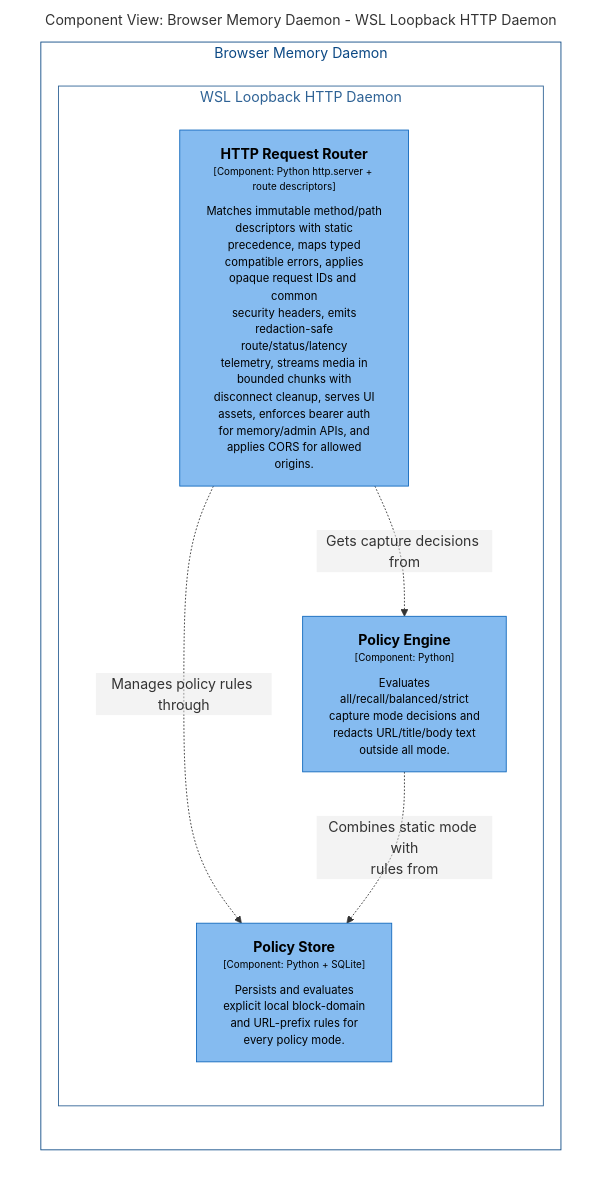
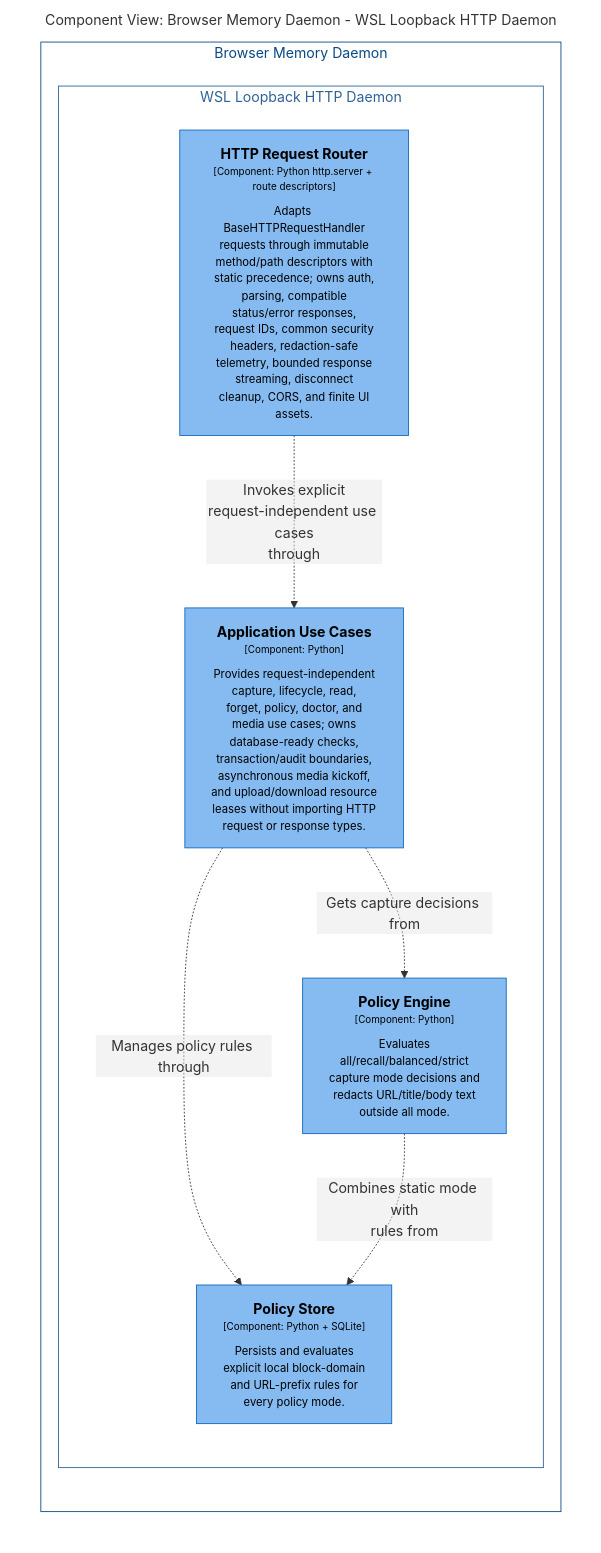
One commit to michaelnicks0/browser-memory-daemon changed the diagram in docs/architecture/diagrams/markdown/DaemonPolicyComponents.md. Above: the diagram before and after it, drawn with Mermaid. The commit also changed 189 other files, not shown here.

Commit message:
refactor(http): extract application use cases

````diff
--- a/docs/architecture/diagrams/markdown/DaemonPolicyComponents.md
+++ b/docs/architecture/diagrams/markdown/DaemonPolicyComponents.md
@@ -16,29 +16,32 @@
 ```mermaid
 graph LR
   linkStyle default fill:#ffffff
 
   subgraph diagram ["Component View: Browser Memory Daemon - WSL Loopback HTTP Daemon"]
     style diagram fill:#ffffff,stroke:#ffffff
 
     subgraph 4 ["Browser Memory Daemon"]
       style 4 fill:#ffffff,stroke:#0b4884,color:#0b4884
 
       subgraph 22 ["WSL Loopback HTTP Daemon"]
         style 22 fill:#ffffff,stroke:#2e6295,color:#2e6295
 
-        23["<div style='font-weight: bold'>HTTP Request Router</div><div style='font-size: 70%; margin-top: 0px'>[Component: Python http.server + route descriptors]</div><div style='font-size: 80%; margin-top:10px'>Matches immutable method/path<br />descriptors with static<br />precedence, maps typed<br />compatible errors, applies<br />opaque request IDs and common<br />security headers, emits<br />redaction-safe<br />route/status/latency<br />telemetry, streams media in<br />bounded chunks with<br />disconnect cleanup, serves UI<br />assets, enforces bearer auth<br />for memory/admin APIs, and<br />applies CORS for allowed<br />origins.</div>"]
+        23["<div style='font-weight: bold'>HTTP Request Router</div><div style='font-size: 70%; margin-top: 0px'>[Component: Python http.server + route descriptors]</div><div style='font-size: 80%; margin-top:10px'>Adapts BaseHTTPRequestHandler<br />requests through immutable<br />method/path descriptors with<br />static precedence; owns auth,<br />parsing, compatible<br />status/error responses,<br />request IDs, common security<br />headers, redaction-safe<br />telemetry, bounded response<br />streaming, disconnect<br />cleanup, CORS, and finite UI<br />assets.</div>"]
         style 23 fill:#85bbf0,stroke:#1168bd,color:#000000
-        25["<div style='font-weight: bold'>Policy Engine</div><div style='font-size: 70%; margin-top: 0px'>[Component: Python]</div><div style='font-size: 80%; margin-top:10px'>Evaluates<br />all/recall/balanced/strict<br />capture mode decisions and<br />redacts URL/title/body text<br />outside all mode.</div>"]
-        style 25 fill:#85bbf0,stroke:#1168bd,color:#000000
-        26["<div style='font-weight: bold'>Policy Store</div><div style='font-size: 70%; margin-top: 0px'>[Component: Python + SQLite]</div><div style='font-size: 80%; margin-top:10px'>Persists and evaluates<br />explicit local block-domain<br />and URL-prefix rules for<br />every policy mode.</div>"]
+        24["<div style='font-weight: bold'>Application Use Cases</div><div style='font-size: 70%; margin-top: 0px'>[Component: Python]</div><div style='font-size: 80%; margin-top:10px'>Provides request-independent<br />capture, lifecycle, read,<br />forget, policy, doctor, and<br />media use cases; owns<br />database-ready checks,<br />transaction/audit boundaries,<br />asynchronous media kickoff,<br />and upload/download resource<br />leases without importing HTTP<br />request or response types.</div>"]
+        style 24 fill:#85bbf0,stroke:#1168bd,color:#000000
+        26["<div style='font-weight: bold'>Policy Engine</div><div style='font-size: 70%; margin-top: 0px'>[Component: Python]</div><div style='font-size: 80%; margin-top:10px'>Evaluates<br />all/recall/balanced/strict<br />capture mode decisions and<br />redacts URL/title/body text<br />outside all mode.</div>"]
         style 26 fill:#85bbf0,stroke:#1168bd,color:#000000
+        27["<div style='font-weight: bold'>Policy Store</div><div style='font-size: 70%; margin-top: 0px'>[Component: Python + SQLite]</div><div style='font-size: 80%; margin-top:10px'>Persists and evaluates<br />explicit local block-domain<br />and URL-prefix rules for<br />every policy mode.</div>"]
+        style 27 fill:#85bbf0,stroke:#1168bd,color:#000000
       end
 
     end
 
-    23-. "<div>Gets capture decisions from</div><div style='font-size: 70%'></div>" .->25
-    23-. "<div>Manages policy rules through</div><div style='font-size: 70%'></div>" .->26
-    25-. "<div>Combines static mode with<br />rules from</div><div style='font-size: 70%'></div>" .->26
+    23-. "<div>Invokes explicit<br />request-independent use cases<br />through</div><div style='font-size: 70%'></div>" .->24
+    24-. "<div>Gets capture decisions from</div><div style='font-size: 70%'></div>" .->26
+    24-. "<div>Manages policy rules through</div><div style='font-size: 70%'></div>" .->27
+    26-. "<div>Combines static mode with<br />rules from</div><div style='font-size: 70%'></div>" .->27
 
   end
 ```
````
